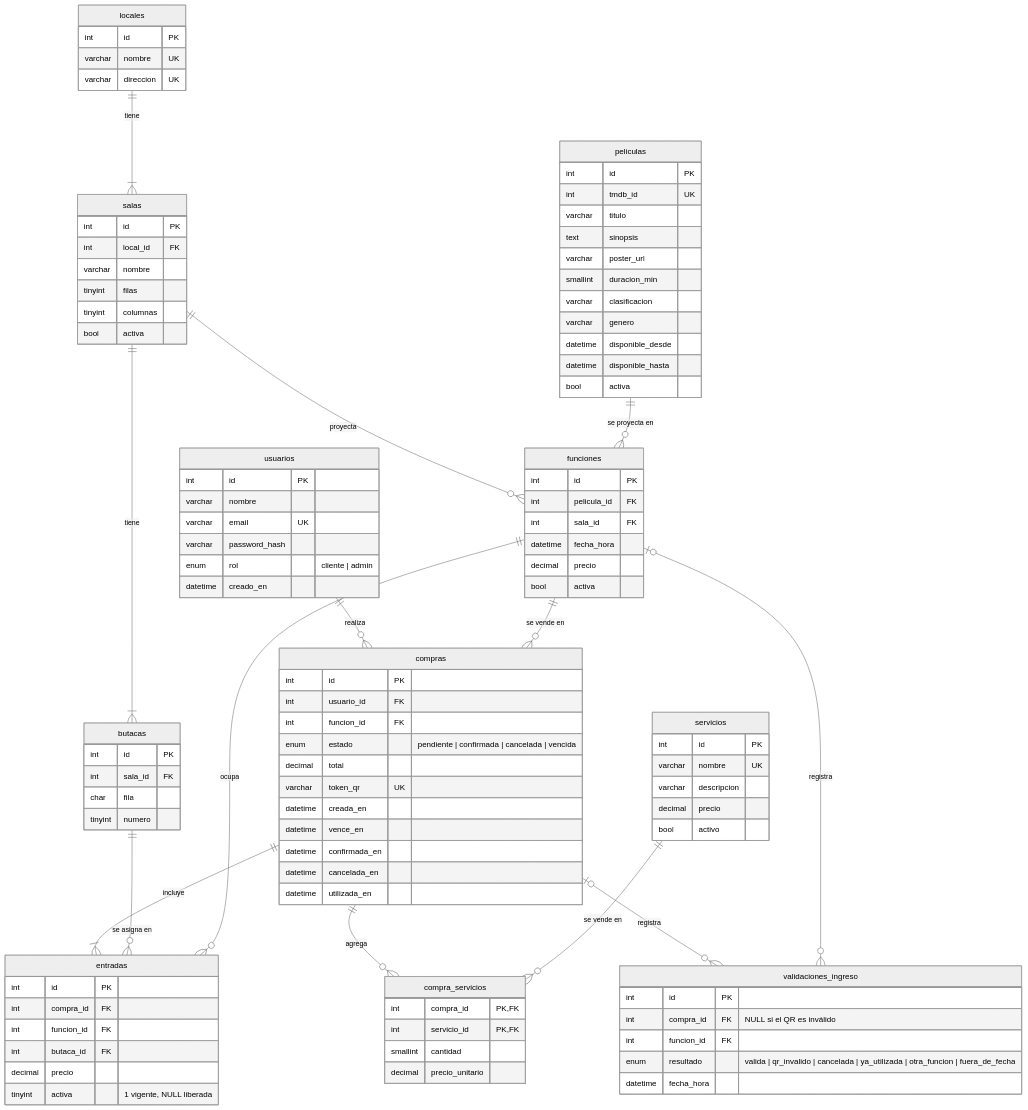
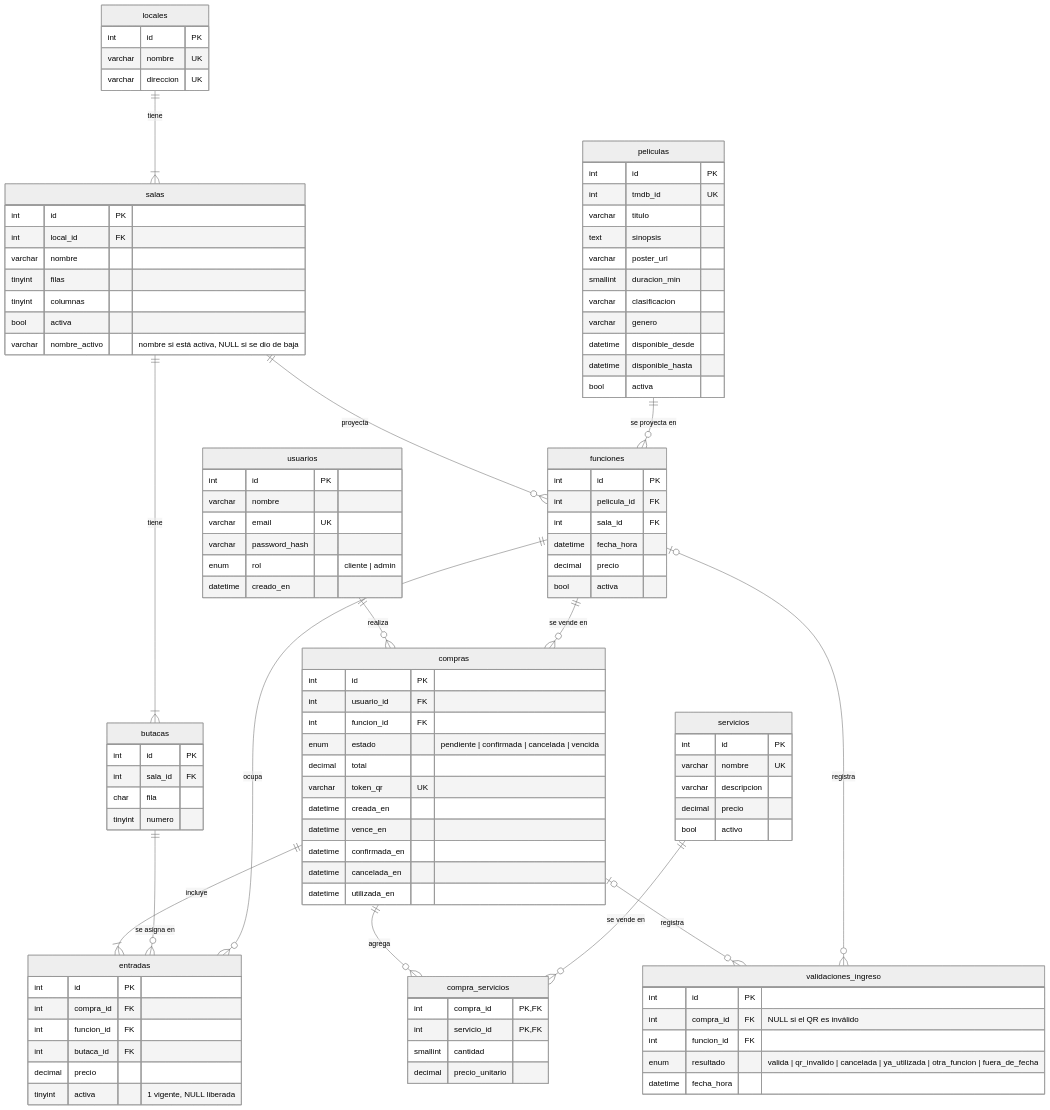
The diagram in docs/base_de_datos.md (LucasFiuba1/tp-integrador-ids-cinemark), drawn with Mermaid (neutral theme) before and after one commit. The commit also changed other lines of this file and 5 other files, not shown here.

First line of the commit message:
SCRUM-54: liberar el nombre de las salas dadas de baja y permitir eliminar locales sin salas activas

```diff
--- a/docs/base_de_datos.md
+++ b/docs/base_de_datos.md
@@ -46,6 +46,7 @@
         tinyint filas
         tinyint columnas
         bool activa
+        varchar nombre_activo "nombre si está activa, NULL si se dio de baja"
     }
     butacas {
         int id PK
```
